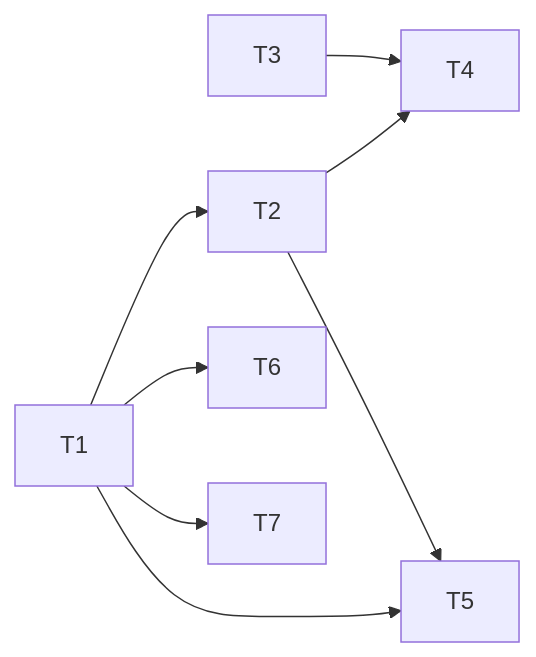
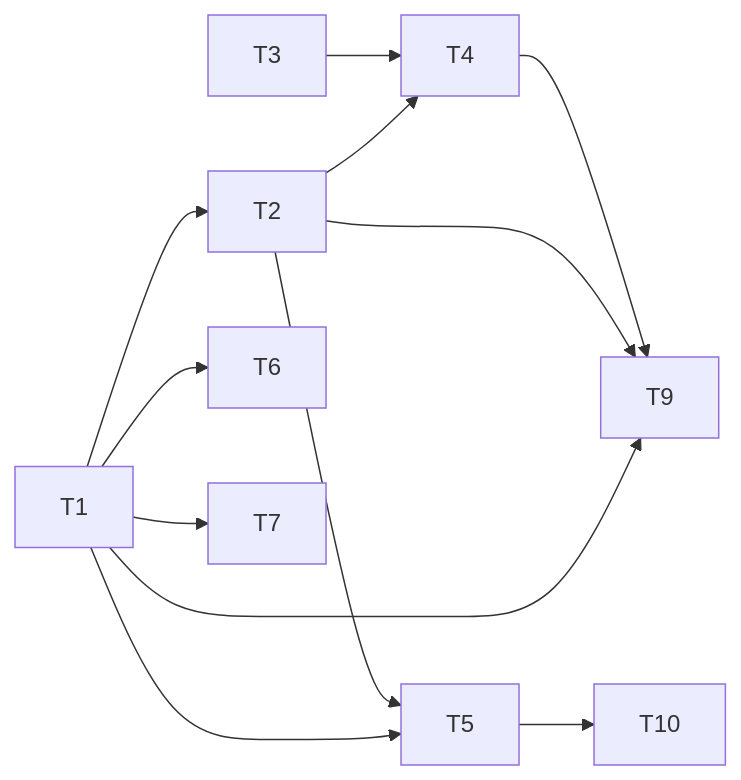
Before and after one commit to TajVirani/llm-scaffold-claude: the diagram in .workflow/specs/003-bash-cache-extractor/tasks.md, drawn with Mermaid. The commit also changed other lines of this file and 4 other files, not shown here.

````diff
--- a/.workflow/specs/003-bash-cache-extractor/tasks.md
+++ b/.workflow/specs/003-bash-cache-extractor/tasks.md
@@ -177,10 +217,14 @@
 ```mermaid
 graph LR
   T1 --> T2
   T2 --> T4
   T3 --> T4
   T1 --> T5
   T2 --> T5
   T1 --> T6
   T1 --> T7
+  T1 --> T9
+  T2 --> T9
+  T4 --> T9
+  T5 --> T10
 ```
````
